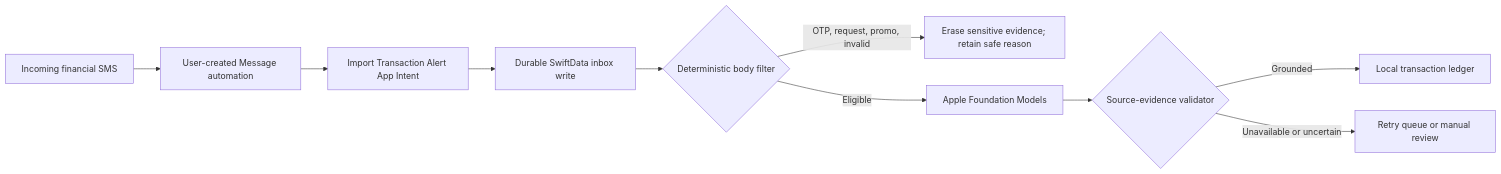
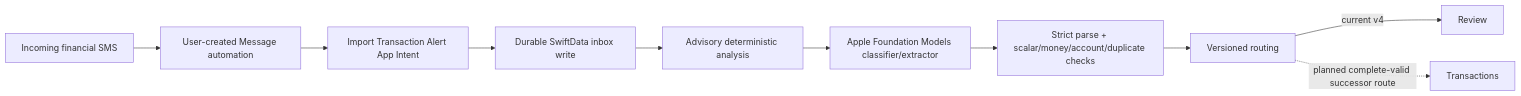
One commit to ManishAradwad/pocket-financer-ios changed the diagram in README.md. Above: the diagram before and after it, drawn with Mermaid. The commit also changed other lines of this file and 7 other files, not shown here.

````diff
--- a/README.md
+++ b/README.md
@@ -32,12 +42,12 @@
 ```mermaid
 flowchart LR
     A["Incoming financial SMS"] --> B["User-created Message automation"]
     B --> C["Import Transaction Alert App Intent"]
     C --> D["Durable SwiftData inbox write"]
-    D --> E{"Deterministic body filter"}
-    E -->|"OTP, request, promo, invalid"| F["Erase sensitive evidence; retain safe reason"]
-    E -->|"Eligible"| G["Apple Foundation Models"]
-    G --> H{"Source-evidence validator"}
-    H -->|"Grounded"| I["Local transaction ledger"]
-    H -->|"Unavailable or uncertain"| J["Retry queue or manual review"]
+    D --> E["Advisory deterministic analysis"]
+    E --> G["Apple Foundation Models classifier/extractor"]
+    G --> H["Strict parse + scalar/money/account/duplicate checks"]
+    H --> I["Versioned routing"]
+    I -->|"current v4"| J["Review"]
+    I -.->|"planned complete-valid successor route"| K["Transactions"]
 ```
````
